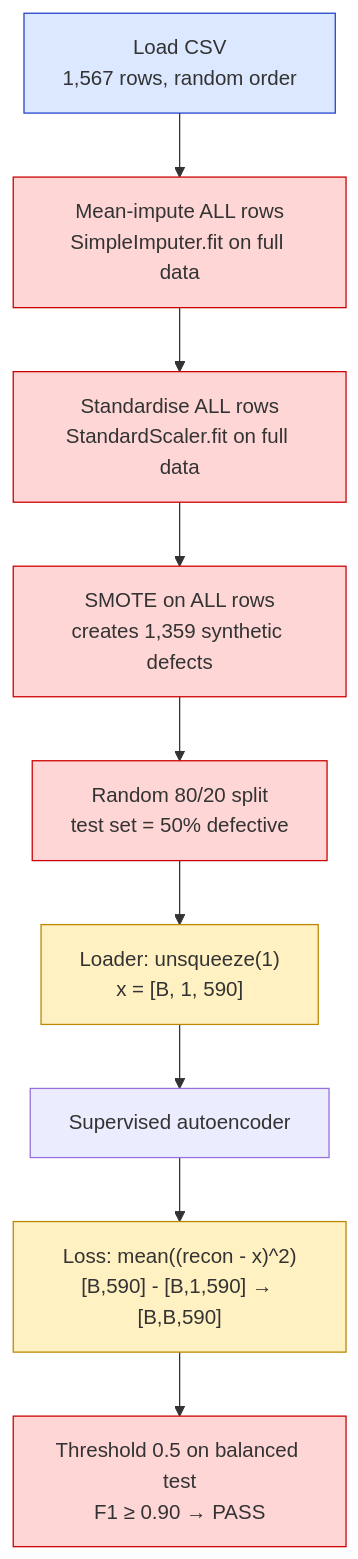
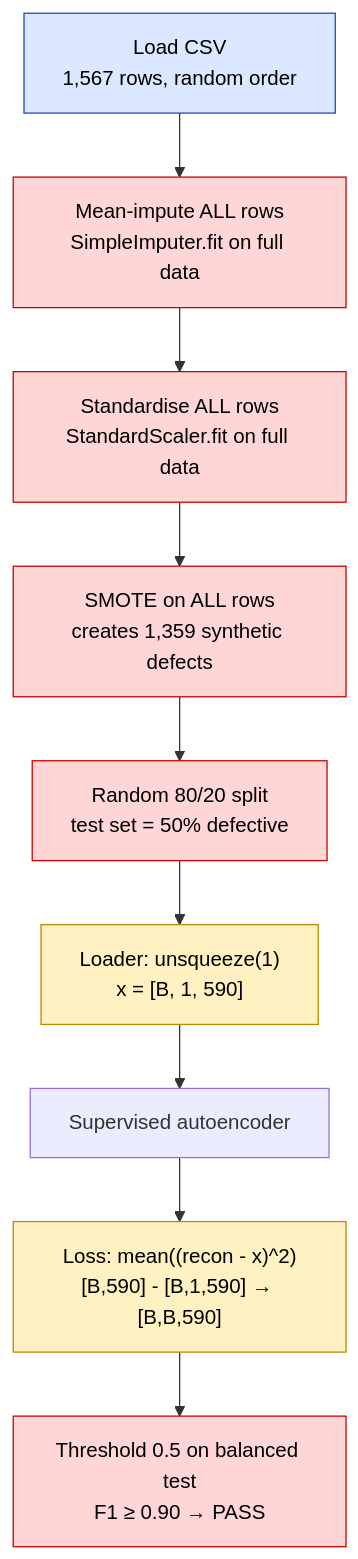
The first of 3 diagrams in README.md (chiranshee26-source/wafer-guard-audit), drawn with Mermaid before and after one commit. The commit also changed other lines of this file, not shown here.

````diff
--- a/README.md
+++ b/README.md
@@ -58,23 +58,23 @@
 ```mermaid
 flowchart TD
     A[Load CSV<br/>1,567 rows, random order] --> B[Mean-impute ALL rows<br/>SimpleImputer.fit on full data]
     B --> C[Standardise ALL rows<br/>StandardScaler.fit on full data]
     C --> D[SMOTE on ALL rows<br/>creates 1,359 synthetic defects]
     D --> E[Random 80/20 split<br/>test set = 50% defective]
     E --> F["Loader: unsqueeze(1)<br/>x = [B, 1, 590]"]
     F --> G[Supervised autoencoder]
     G --> H["Loss: mean((recon - x)^2)<br/>[B,590] - [B,1,590] → [B,B,590]"]
     H --> I[Threshold 0.5 on balanced test<br/>F1 ≥ 0.90 → PASS]
 
     B:::bug1
     C:::bug1
     D:::bug1
     E:::bug1
     I:::bug1
     F:::bug2
     H:::bug2
     A:::bug3
-    classDef bug1 fill:#ffd6d6,stroke:#c00
-    classDef bug2 fill:#fff1c2,stroke:#b80
-    classDef bug3 fill:#dbe8ff,stroke:#24c
+    classDef bug1 fill:#ffd6d6,stroke:#c00,color:#000
+    classDef bug2 fill:#fff1c2,stroke:#b80,color:#000
+    classDef bug3 fill:#dbe8ff,stroke:#24c,color:#000
 ```
````
